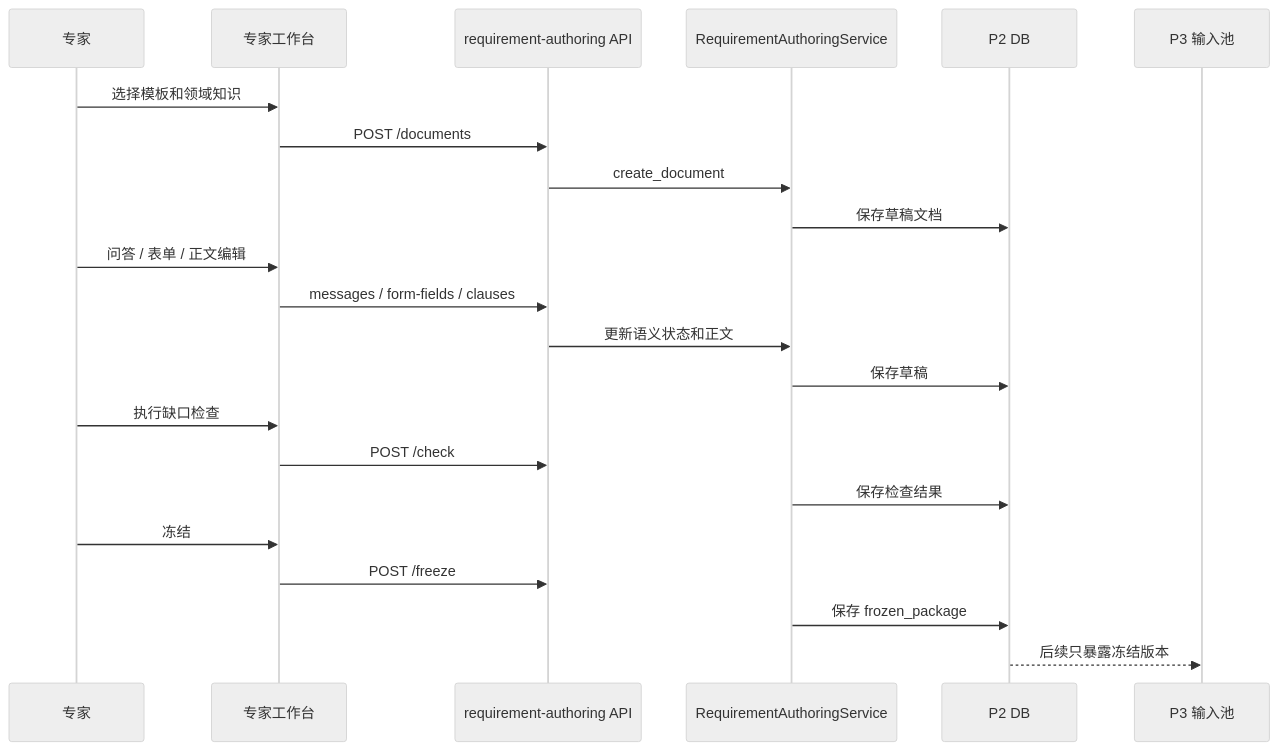
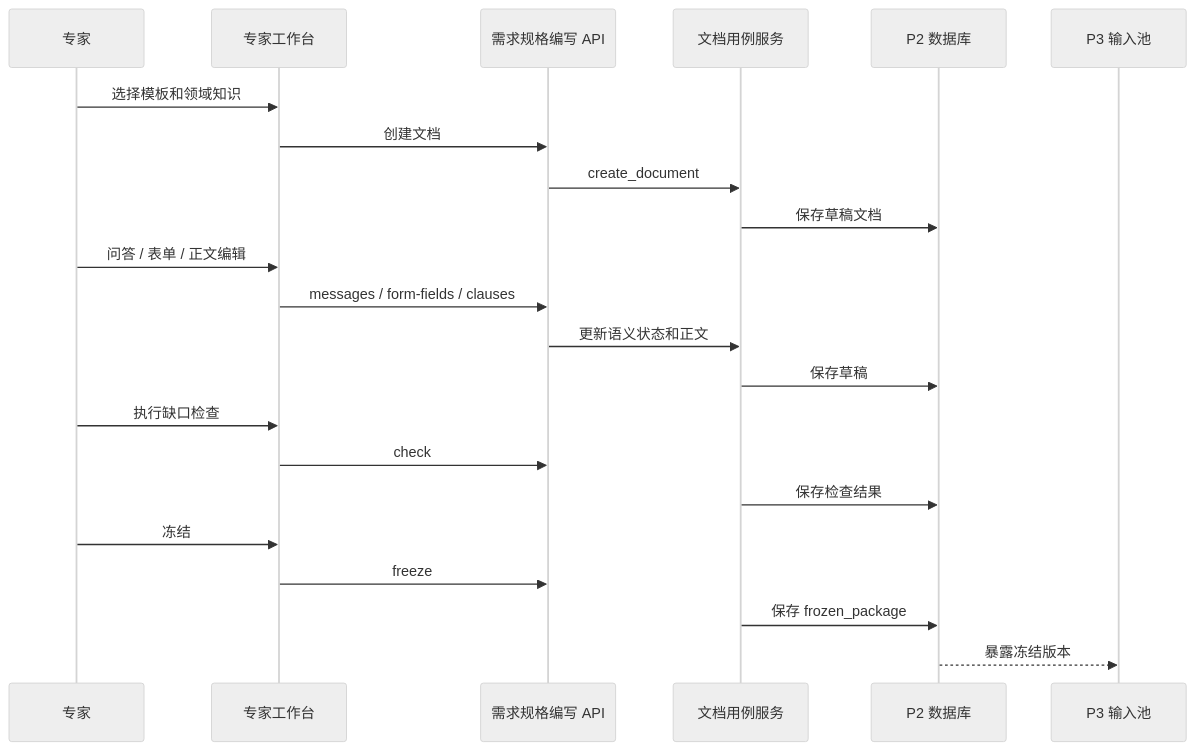
One commit to wgwtest/CodeFactoryV2 changed the eighth of 9 diagrams in DOC/CODEX_DOC/02_设计说明/P2_需求分析系统/P2-需求分析系统设计.md. Above: the diagram before and after it, drawn with Mermaid (neutral theme). The commit also changed other lines of this file and 2 other files, not shown here.

````diff
--- a/DOC/CODEX_DOC/02_设计说明/P2_需求分析系统/P2-需求分析系统设计.md
+++ b/DOC/CODEX_DOC/02_设计说明/P2_需求分析系统/P2-需求分析系统设计.md
@@ -1256,25 +1164,25 @@
 ```mermaid
 sequenceDiagram
   participant Expert as 专家
   participant Web as 专家工作台
-  participant API as requirement-authoring API
-  participant Service as RequirementAuthoringService
-  participant Store as P2 DB
+  participant API as 需求规格编写 API
+  participant App as 文档用例服务
+  participant Store as P2 数据库
   participant P3 as P3 输入池
 
   Expert->>Web: 选择模板和领域知识
-  Web->>API: POST /documents
-  API->>Service: create_document
-  Service->>Store: 保存草稿文档
+  Web->>API: 创建文档
+  API->>App: create_document
+  App->>Store: 保存草稿文档
   Expert->>Web: 问答 / 表单 / 正文编辑
   Web->>API: messages / form-fields / clauses
-  API->>Service: 更新语义状态和正文
-  Service->>Store: 保存草稿
+  API->>App: 更新语义状态和正文
+  App->>Store: 保存草稿
   Expert->>Web: 执行缺口检查
-  Web->>API: POST /check
-  Service->>Store: 保存检查结果
+  Web->>API: check
+  App->>Store: 保存检查结果
   Expert->>Web: 冻结
-  Web->>API: POST /freeze
-  Service->>Store: 保存 frozen_package
-  Store-->>P3: 后续只暴露冻结版本
+  Web->>API: freeze
+  App->>Store: 保存 frozen_package
+  Store-->>P3: 暴露冻结版本
 ```
````
